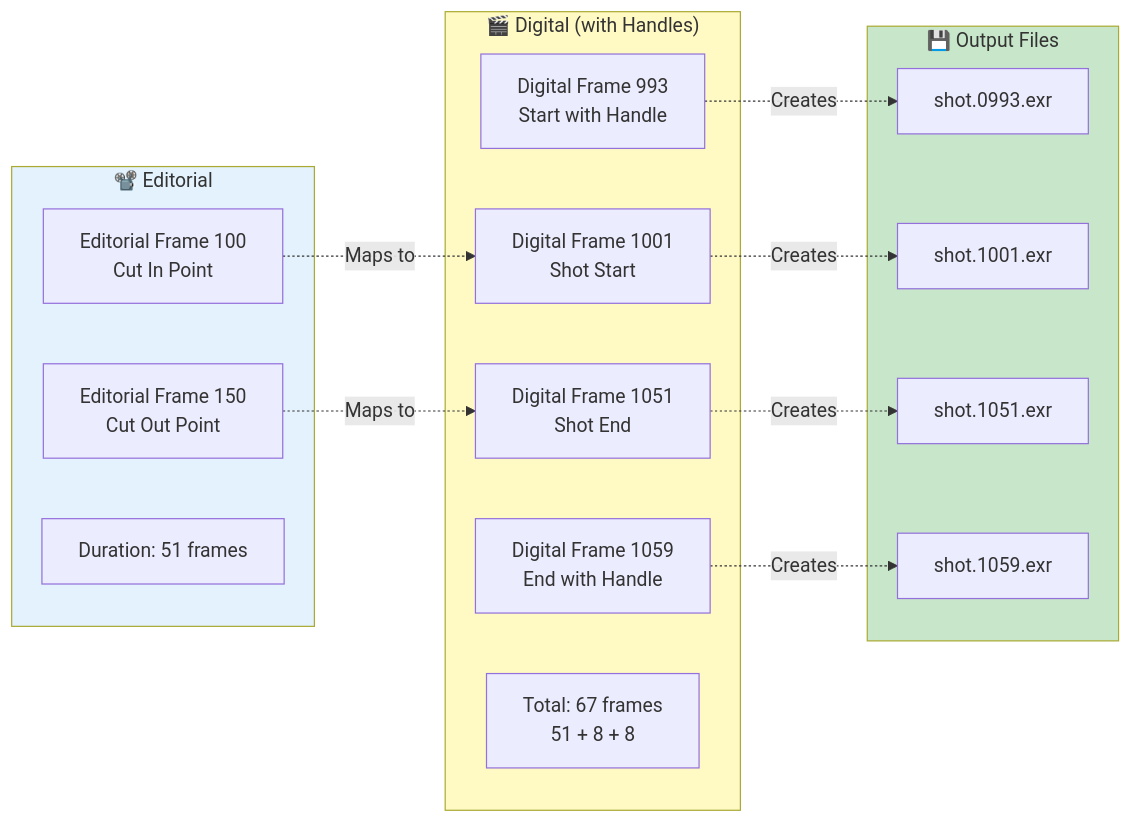
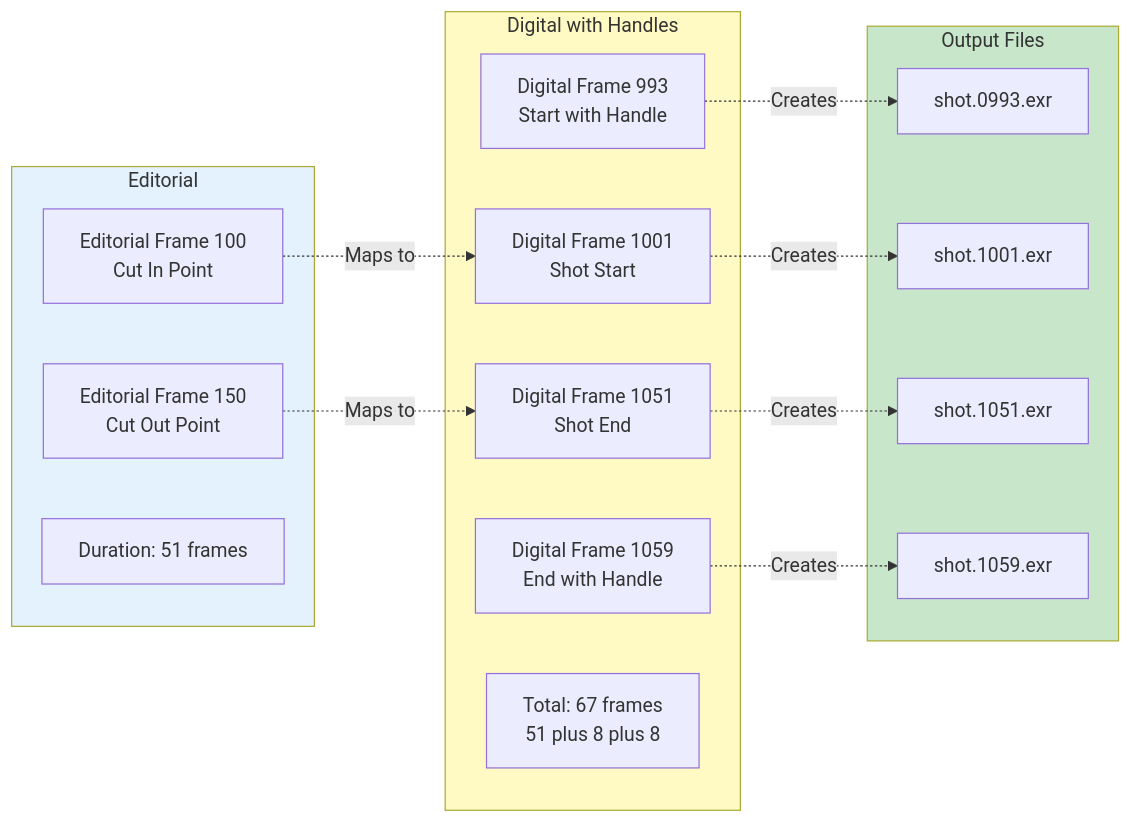
One commit to thomashollier/ded-pipe changed the seventh of 9 diagrams in FLOWCHARTS.md. Above: the diagram before and after it, drawn with Mermaid. The commit also changed other lines of this file, not shown here.

````diff
--- a/FLOWCHARTS.md
+++ b/FLOWCHARTS.md
@@ -415,35 +416,35 @@
 ```mermaid
 graph LR
-    subgraph Editorial ["📽️ Editorial"]
-        E1[Editorial Frame 100<br/>Cut In Point]
-        E2[Editorial Frame 150<br/>Cut Out Point]
-        E3[Duration: 51 frames]
+    subgraph Editorial ["Editorial"]
+        E1["Editorial Frame 100<br/>Cut In Point"]
+        E2["Editorial Frame 150<br/>Cut Out Point"]
+        E3["Duration: 51 frames"]
     end
     
-    subgraph Digital ["🎬 Digital (with Handles)"]
-        D1[Digital Frame 993<br/>Start with Handle]
-        D2[Digital Frame 1001<br/>Shot Start]
-        D3[Digital Frame 1051<br/>Shot End]
-        D4[Digital Frame 1059<br/>End with Handle]
-        D5[Total: 67 frames<br/>51 + 8 + 8]
+    subgraph Digital ["Digital with Handles"]
+        D1["Digital Frame 993<br/>Start with Handle"]
+        D2["Digital Frame 1001<br/>Shot Start"]
+        D3["Digital Frame 1051<br/>Shot End"]
+        D4["Digital Frame 1059<br/>End with Handle"]
+        D5["Total: 67 frames<br/>51 plus 8 plus 8"]
     end
     
-    subgraph Output ["💾 Output Files"]
-        O1[shot.0993.exr]
-        O2[shot.1001.exr]
-        O3[shot.1051.exr]
-        O4[shot.1059.exr]
+    subgraph Output ["Output Files"]
+        O1["shot.0993.exr"]
+        O2["shot.1001.exr"]
+        O3["shot.1051.exr"]
+        O4["shot.1059.exr"]
     end
     
     E1 -.->|Maps to| D2
     E2 -.->|Maps to| D3
     
     D1 -.->|Creates| O1
     D2 -.->|Creates| O2
     D3 -.->|Creates| O3
     D4 -.->|Creates| O4
     
     style Editorial fill:#e3f2fd
     style Digital fill:#fff9c4
     style Output fill:#c8e6c9
 ```
````
